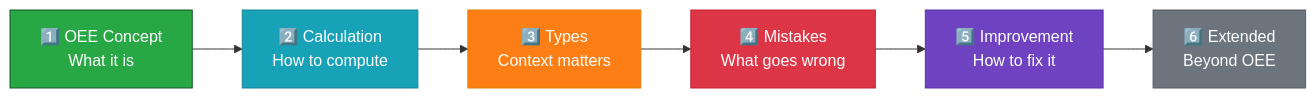
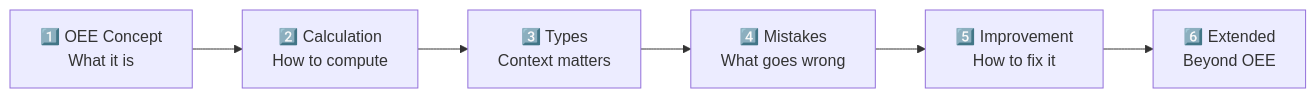
One commit to faris-isa/hermes-research changed the third of 3 diagrams in content/knowledge/oee/index.md. Above: the diagram before and after it, drawn with Mermaid. The commit also changed other lines of this file and 5 other files, not shown here.

First line of the commit message:
fix: remove custom Mermaid styling for dark theme compatibility (#8)

````diff
--- a/content/knowledge/oee/index.md
+++ b/content/knowledge/oee/index.md
@@ -117,15 +106,8 @@
 ```mermaid
 graph LR
     S1["1️⃣ OEE Concept<br/>What it is"] --> S2["2️⃣ Calculation<br/>How to compute"]
     S2 --> S3["3️⃣ Types<br/>Context matters"]
     S3 --> S4["4️⃣ Mistakes<br/>What goes wrong"]
     S4 --> S5["5️⃣ Improvement<br/>How to fix it"]
     S5 --> S6["6️⃣ Extended<br/>Beyond OEE"]
-
-    style S1 fill:#28a745,stroke:#155724,color:#fff
-    style S2 fill:#17a2b8,stroke:#138496,color:#fff
-    style S3 fill:#fd7e14,stroke:#e67e00,color:#fff
-    style S4 fill:#dc3545,stroke:#c82333,color:#fff
-    style S5 fill:#6f42c1,stroke:#5a32a3,color:#fff
-    style S6 fill:#6c757d,stroke:#545b62,color:#fff
 ```
````
